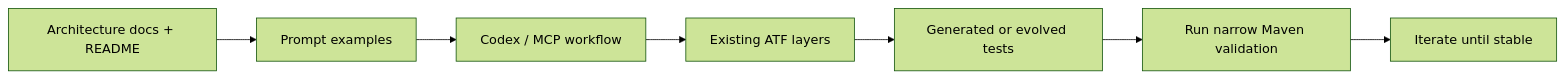
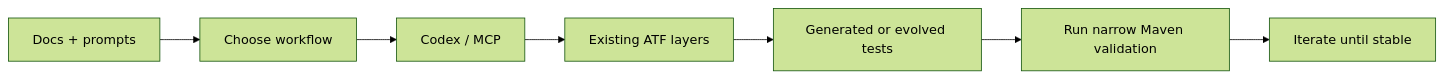
Before and after one commit to crististefanita/demo3: the fourth of 4 diagrams in README.md, drawn with Mermaid (forest theme). The commit also changed other lines of this file, not shown here.

````diff
--- a/README.md
+++ b/README.md
@@ -243,9 +229,9 @@
 ```mermaid
 flowchart LR
-    Docs["Architecture docs + README"] --> Prompt["Prompt examples"]
-    Prompt --> Codex["Codex / MCP workflow"]
+    Docs["Docs + prompts"] --> Prompt["Choose workflow"]
+    Prompt --> Codex["Codex / MCP"]
     Codex --> Layers["Existing ATF layers"]
     Layers --> Tests["Generated or evolved tests"]
     Tests --> Validate["Run narrow Maven validation"]
     Validate --> Refine["Iterate until stable"]
 ```
````
